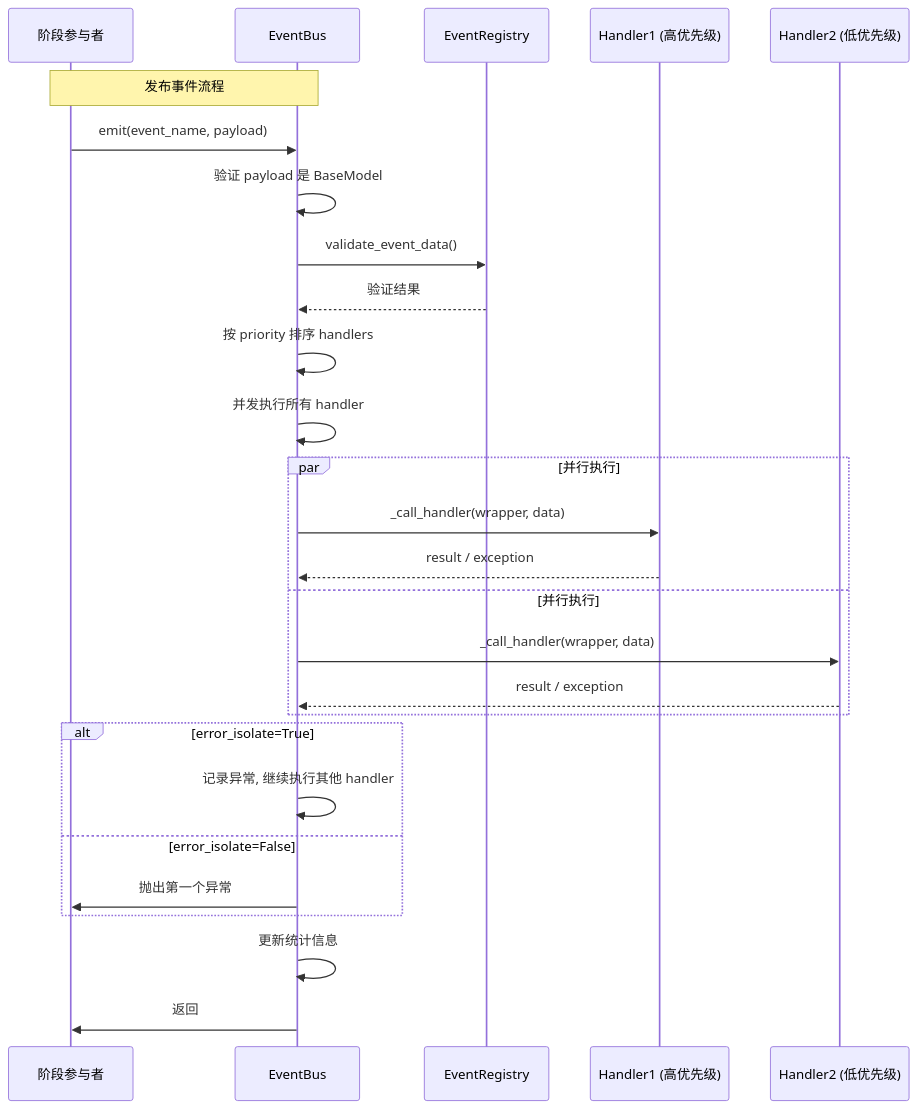
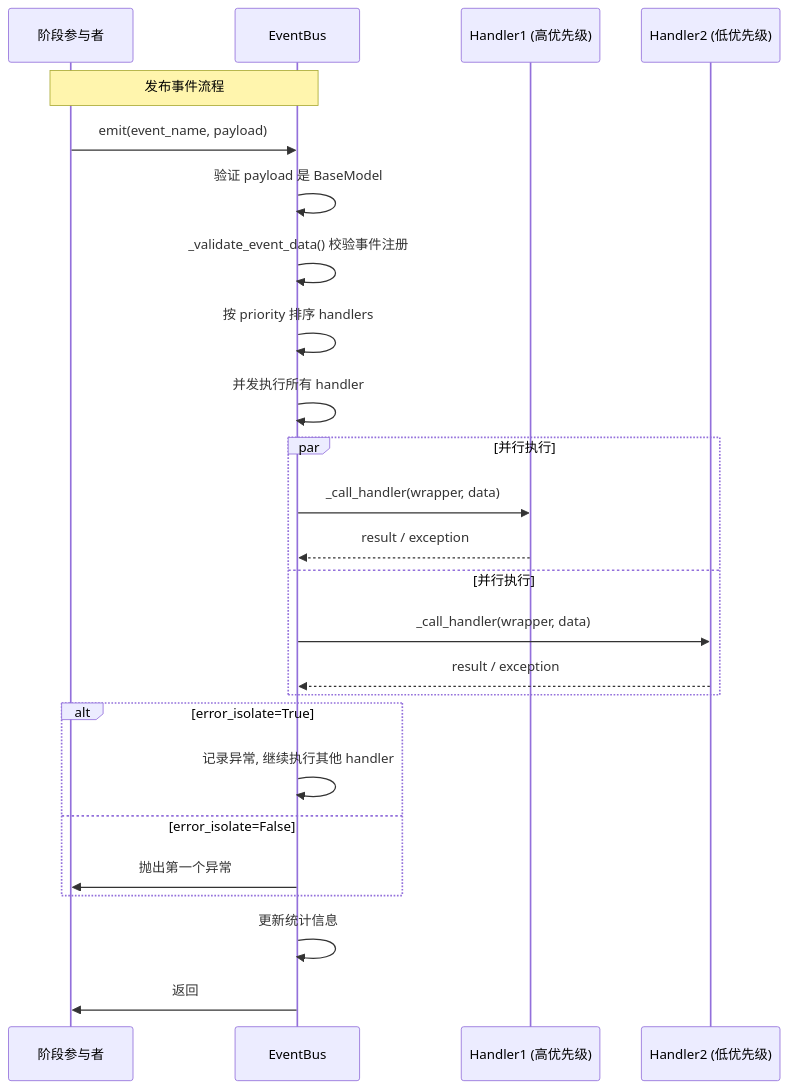
One commit to Mai-with-u/Amaidesu changed the third of 4 diagrams in docs/architecture/event-system.md. Above: the diagram before and after it, drawn with Mermaid. The commit also changed other lines of this file and 32 other files, not shown here.

````diff
--- a/docs/architecture/event-system.md
+++ b/docs/architecture/event-system.md
@@ -449,36 +457,33 @@
 ```mermaid
 sequenceDiagram
     participant P as 阶段参与者
     participant EB as EventBus
-    participant ER as EventRegistry
     participant H1 as Handler1 (高优先级)
     participant H2 as Handler2 (低优先级)
 
     Note over P,EB: 发布事件流程
 
     P->>EB: emit(event_name, payload)
     EB->>EB: 验证 payload 是 BaseModel
-
-    EB->>ER: validate_event_data()
-    ER-->>EB: 验证结果
+    EB->>EB: _validate_event_data() 校验事件注册
 
     EB->>EB: 按 priority 排序 handlers
     EB->>EB: 并发执行所有 handler
 
     par 并行执行
         EB->>H1: _call_handler(wrapper, data)
         H1-->>EB: result / exception
     and 并行执行
         EB->>H2: _call_handler(wrapper, data)
         H2-->>EB: result / exception
     end
 
     alt error_isolate=True
         EB->>EB: 记录异常, 继续执行其他 handler
     else error_isolate=False
         EB->>P: 抛出第一个异常
     end
 
     EB->>EB: 更新统计信息
     EB->>P: 返回
 ```
````
